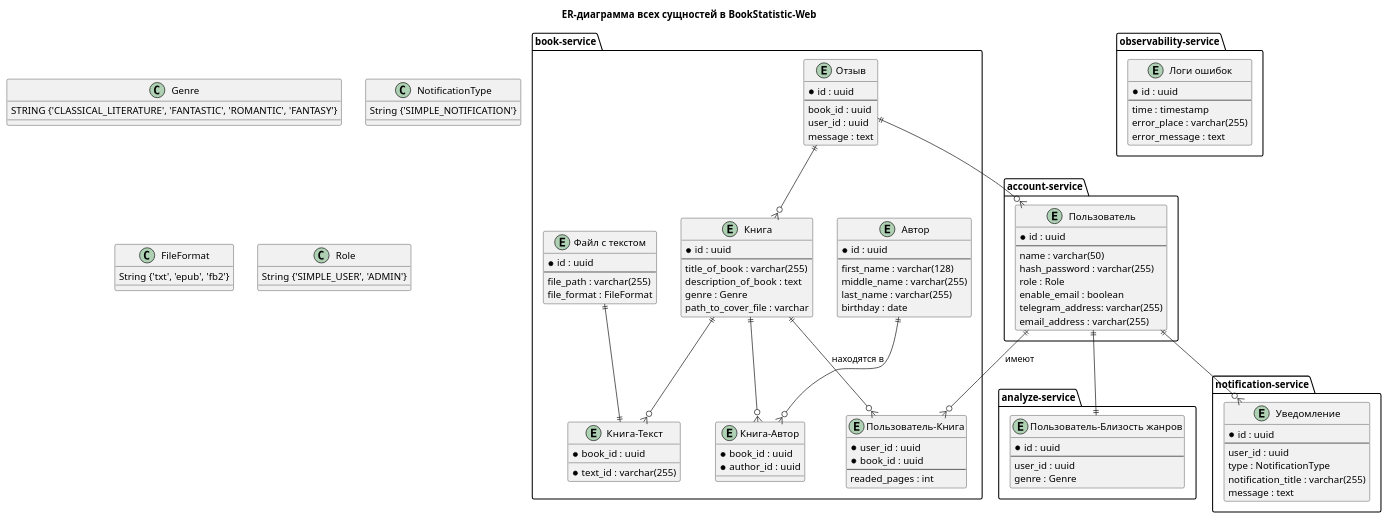
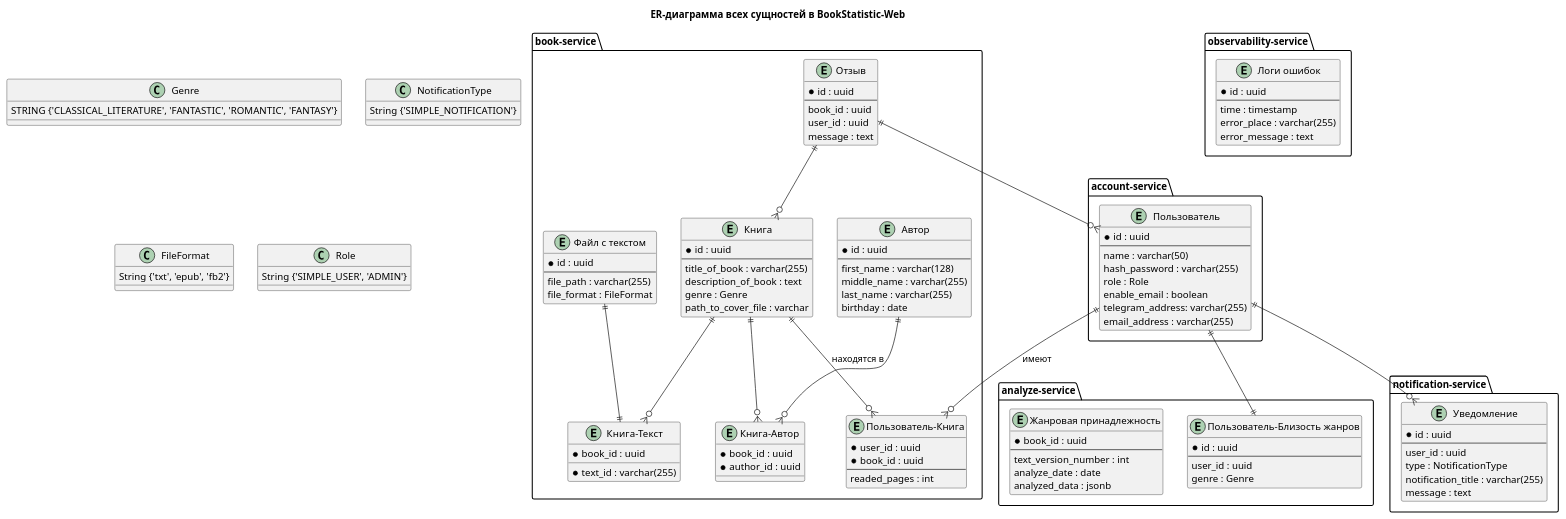
Before and after one commit to Jb192101/BookStatistic-Web: the diagram in documentation/ER-diagramm.puml, drawn with PlantUML. The commit also changed 226 other files, not shown here.

```diff
--- a/documentation/ER-diagramm.puml
+++ b/documentation/ER-diagramm.puml
@@ -1,119 +1,127 @@
 @startuml
 
 title ER-диаграмма всех сущностей в BookStatistic-Web
 
 package "account-service" {
     entity "Пользователь" as user {
         *id : uuid
         ---
         name : varchar(50)
         hash_password : varchar(255)
         role : Role
         enable_email : boolean
         telegram_address: varchar(255)
         email_address : varchar(255)
     }
 }
 
 package "book-service" {
     entity "Пользователь-Книга" as user_book {
         *user_id : uuid
         *book_id : uuid
         ---
         readed_pages : int
     }
 
     entity "Отзыв" as response {
         *id : uuid
         ---
         book_id : uuid
         user_id : uuid
         message : text
     }
 
     entity "Книга-Автор" as book_author {
         *book_id : uuid
         *author_id : uuid
     }
 
     entity "Книга" as book {
         *id : uuid
         ---
         title_of_book : varchar(255)
         description_of_book : text
         genre : Genre
         path_to_cover_file : varchar
     }
 
     ' Текст будет храниться в S3
     entity "Книга-Текст" as book_text {
         *text_id : varchar(255)
         *book_id : uuid
     }
 
     entity "Файл с текстом" as text_file {
         *id : uuid
         ---
         file_path : varchar(255)
         file_format : FileFormat
     }
 
     entity "Автор" as author {
         *id : uuid
         ---
         first_name : varchar(128)
         middle_name : varchar(255)
         last_name : varchar(255)
         birthday : date
     }
 }
 
 package "analyze-service" {
     entity "Пользователь-Близость жанров" as user_genre_preferences {
         *id : uuid
         ---
         user_id : uuid
         genre : Genre
     }
+
+    entity "Жанровая принадлежность" as genre_preferences {
+        *book_id : uuid
+        ---
+        text_version_number : int
+        analyze_date : date
+        analyzed_data : jsonb
+    }
 }
 
 package "notification-service" {
     entity "Уведомление" as notification {
         *id : uuid
         ---
         user_id : uuid
         type : NotificationType
         notification_title : varchar(255)
         message : text
     }
 }
 
 package "observability-service" {
     entity "Логи ошибок" as error_logs {
         *id : uuid
         ---
         time : timestamp
         error_place : varchar(255)
         error_message : text
     }
 }
 
 ' Типы данных
 Genre : STRING {'CLASSICAL_LITERATURE', 'FANTASTIC', 'ROMANTIC', 'FANTASY'}
 NotificationType : String {'SIMPLE_NOTIFICATION'}
 FileFormat : String {'txt', 'epub', 'fb2'}
 Role : String {'SIMPLE_USER', 'ADMIN'}
 
 ' Связи
 user ||--o{ user_book : "имеют"
 book ||--o{ user_book : "находятся в"
 user ||--|| user_genre_preferences
 book ||--o{ book_author
 author ||--o{ book_author
 book ||--o{ book_text
 response ||--o{ user
 response ||--o{ book
 user ||--o{ notification
 text_file ||--|| book_text
 
 @enduml
```
